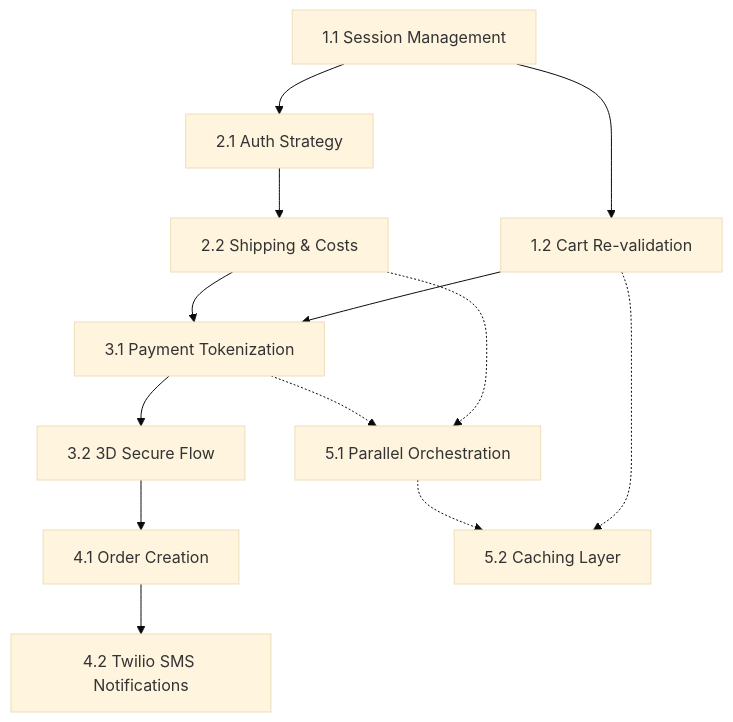
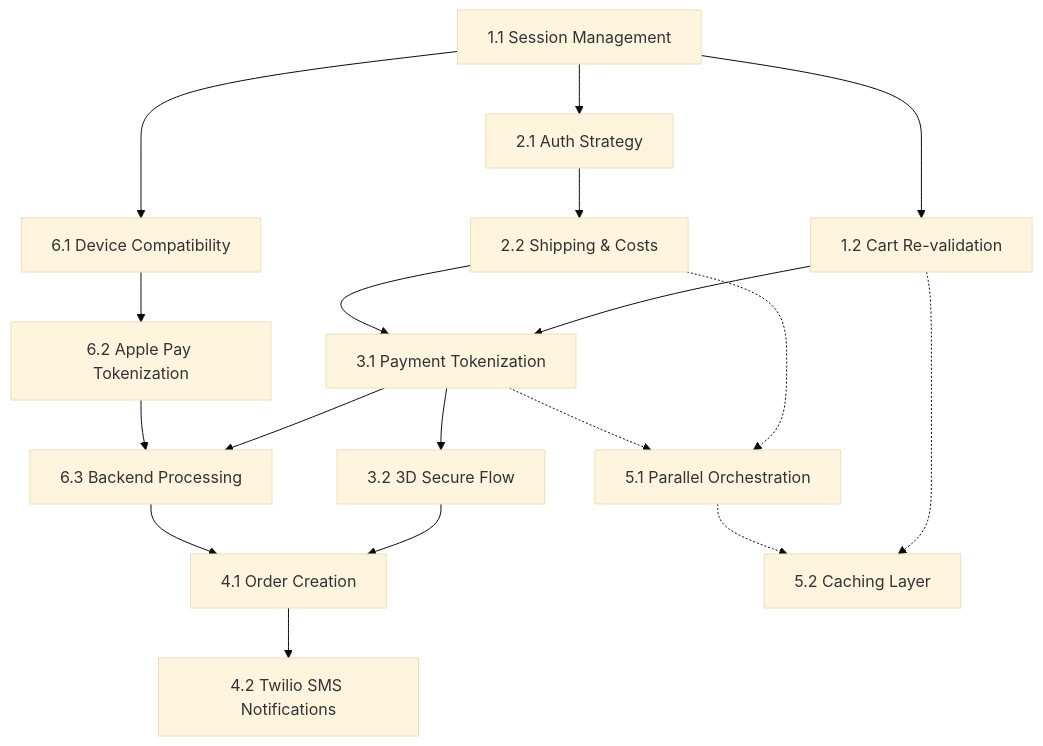
The diagram in .sdd/specs/checkout/tasks.md (davilima/ai-sdd-testes), drawn with Mermaid (base theme) before and after one commit. The commit also changed other lines of this file and 3 other files, not shown here.

Commit message:
feat(checkout): add Apple Pay integration requirements, design, and tasks

````diff
--- a/.sdd/specs/checkout/tasks.md
+++ b/.sdd/specs/checkout/tasks.md
@@ -5,35 +5,46 @@
 ```mermaid
 flowchart TD
     %% Phase 1: Infrastructure
     T1_1[1.1 Session Management]
     T1_2[1.2 Cart Re-validation]
     
     %% Phase 2: Flow & Data
     T2_1[2.1 Auth Strategy]
     T2_2[2.2 Shipping & Costs]
     
     %% Phase 3: Payment
     T3_1[3.1 Payment Tokenization]
     T3_2[3.2 3D Secure Flow]
     
     %% Phase 4: Finalization
     T4_1[4.1 Order Creation]
     T4_2[4.2 Twilio SMS Notifications]
     
     %% Phase 5: Optimization
     T5_1[5.1 Parallel Orchestration]
     T5_2[5.2 Caching Layer]
 
+    %% Phase 6: Apple Pay
+    T6_1[6.1 Device Compatibility]
+    T6_2[6.2 Apple Pay Tokenization]
+    T6_3[6.3 Backend Processing]
+
     %% Dependencies
     T1_1 --> T1_2
     T1_1 --> T2_1
     T2_1 --> T2_2
     T1_2 & T2_2 --> T3_1
     T3_1 --> T3_2
     T3_2 --> T4_1
     T4_1 --> T4_2
     
+    %% Apple Pay Dependencies
+    T1_1 --> T6_1
+    T6_1 --> T6_2
+    T3_1 & T6_2 --> T6_3
+    T6_3 --> T4_1
+    
     %% Cross-cutting Performance
     T2_2 & T3_1 -.-> T5_1
     T1_2 & T5_1 -.-> T5_2
 ```
````
